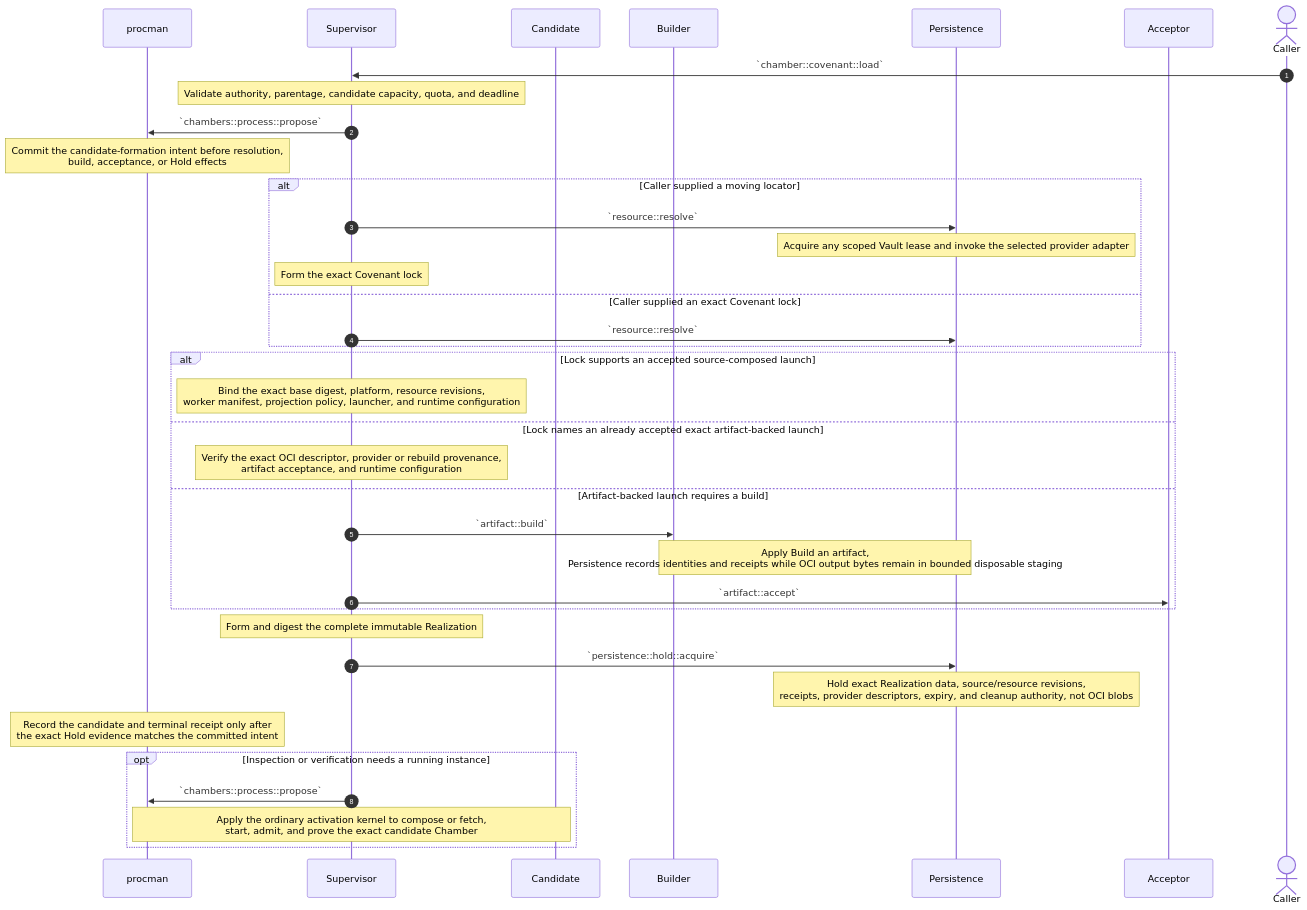
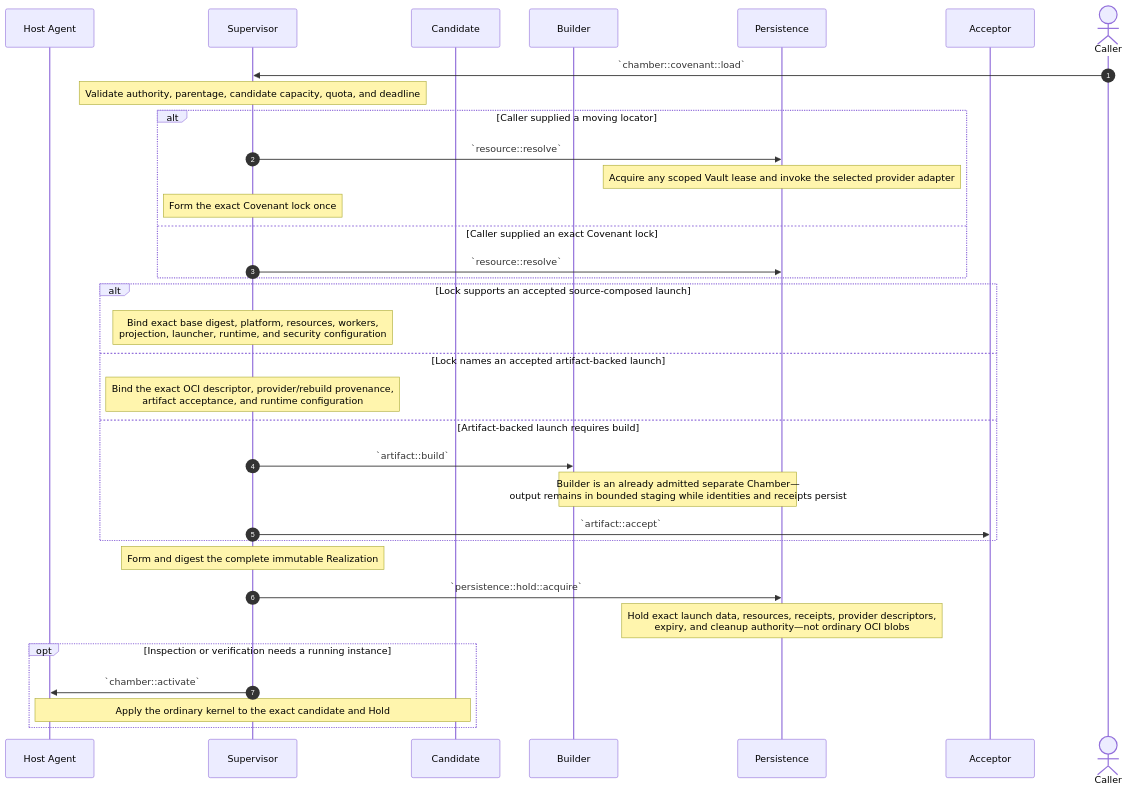
One commit to dreamcatcher-tech/chambers-lifecycle-explorer changed the ninth of 15 diagrams in source/chambers-lifecycle-sequences.md. Above: the diagram before and after it, drawn with Mermaid. The commit also changed other lines of this file and 8 other files, not shown here.

````diff
--- a/source/chambers-lifecycle-sequences.md
+++ b/source/chambers-lifecycle-sequences.md
@@ -1308,45 +912,40 @@
 ```mermaid
 sequenceDiagram
     autonumber
-    participant procman
+    participant HostAgent as Host Agent
     participant Supervisor
     participant Candidate
     participant Builder
     participant Persistence
     participant Acceptor
     actor Caller
 
     Caller->>Supervisor: `chamber::covenant::load`
     Note over Supervisor: Validate authority, parentage, candidate capacity, quota, and deadline
-    Supervisor->>procman: `chambers::process::propose`
-    Note over procman: Commit the candidate-formation intent before resolution,<br/>build, acceptance, or Hold effects
-
     alt Caller supplied a moving locator
         Supervisor->>Persistence: `resource::resolve`
         Note over Persistence: Acquire any scoped Vault lease and invoke the selected provider adapter
-        Note over Supervisor: Form the exact Covenant lock
+        Note over Supervisor: Form the exact Covenant lock once
     else Caller supplied an exact Covenant lock
         Supervisor->>Persistence: `resource::resolve`
     end
 
     alt Lock supports an accepted source-composed launch
-        Note over Supervisor: Bind the exact base digest, platform, resource revisions,<br/>worker manifest, projection policy, launcher, and runtime configuration
-    else Lock names an already accepted exact artifact-backed launch
-        Note over Supervisor: Verify the exact OCI descriptor, provider or rebuild provenance,<br/>artifact acceptance, and runtime configuration
-    else Artifact-backed launch requires a build
+        Note over Supervisor: Bind exact base digest, platform, resources, workers,<br/>projection, launcher, runtime, and security configuration
+    else Lock names an accepted artifact-backed launch
+        Note over Supervisor: Bind the exact OCI descriptor, provider/rebuild provenance,<br/>artifact acceptance, and runtime configuration
+    else Artifact-backed launch requires build
         Supervisor->>Builder: `artifact::build`
-        Note over Builder,Persistence: Apply Build an artifact,<br/>Persistence records identities and receipts while OCI output bytes remain in bounded disposable staging
+        Note over Builder,Persistence: Builder is an already admitted separate Chamber—<br/>output remains in bounded staging while identities and receipts persist
         Supervisor->>Acceptor: `artifact::accept`
     end
 
     Note over Supervisor: Form and digest the complete immutable Realization
     Supervisor->>Persistence: `persistence::hold::acquire`
-    Note over Persistence: Hold exact Realization data, source/resource revisions,<br/>receipts, provider descriptors, expiry, and cleanup authority, not OCI blobs
-    Note over procman: Record the candidate and terminal receipt only after<br/>the exact Hold evidence matches the committed intent
+    Note over Persistence: Hold exact launch data, resources, receipts, provider descriptors,<br/>expiry, and cleanup authority—not ordinary OCI blobs
 
     opt Inspection or verification needs a running instance
-        Supervisor->>procman: `chambers::process::propose`
-        Note over procman,Candidate: Apply the ordinary activation kernel to compose or fetch,<br/>start, admit, and prove the exact candidate Chamber
+        Supervisor->>HostAgent: `chamber::activate`
+        Note over HostAgent,Candidate: Apply the ordinary kernel to the exact candidate and Hold
     end
-
 ```
````
